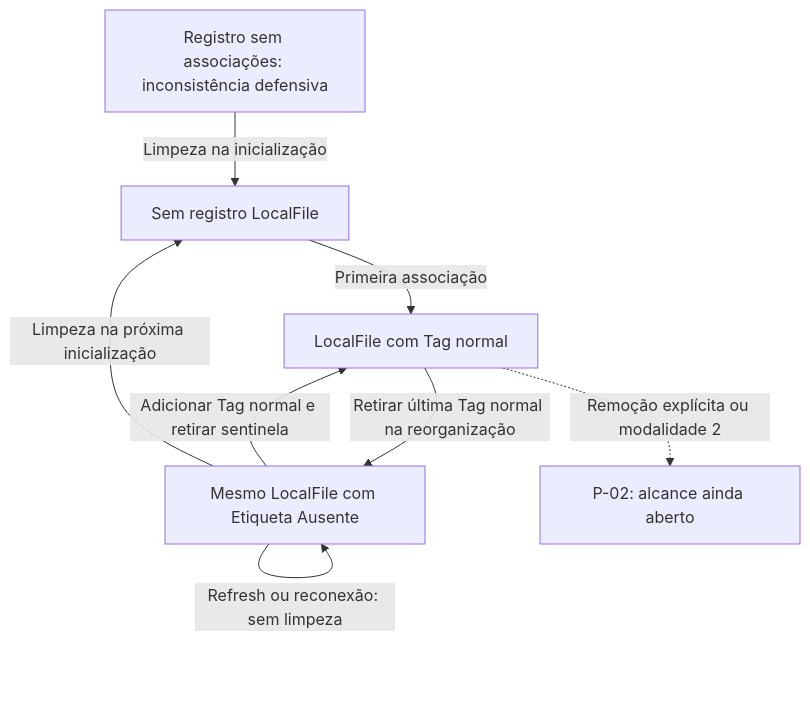
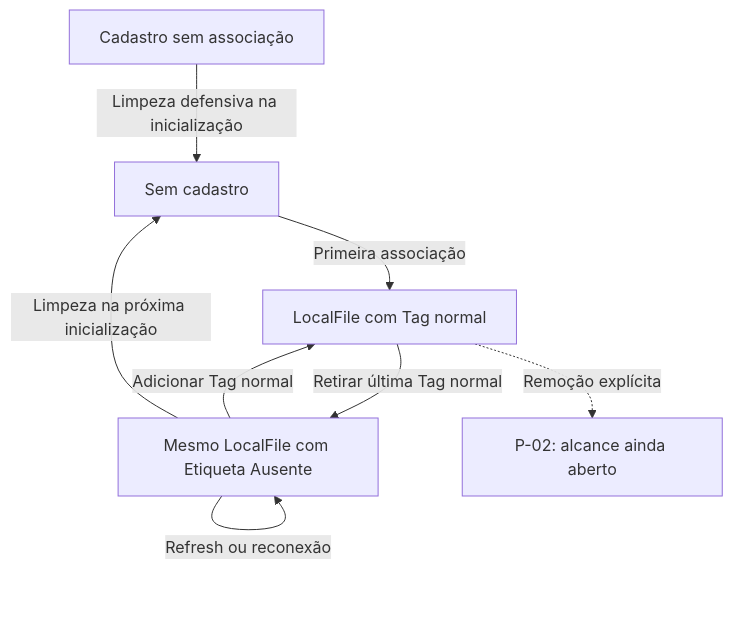
The second of 2 diagrams in doc/modelo-de-dominio.md (ARS1802/tag-file), drawn with Mermaid before and after one commit. The commit also changed other lines of this file and 33 other files, not shown here.

Commit message:
Added diagrams and cleaned docs.

````diff
--- a/doc/modelo-de-dominio.md
+++ b/doc/modelo-de-dominio.md
@@ -146,10 +117,10 @@
 ```mermaid
 flowchart TD
-    N["Sem registro LocalFile"] -->|"Primeira associação"| C["LocalFile com Tag normal"]
-    C -->|"Retirar última Tag normal na reorganização"| S["Mesmo LocalFile com Etiqueta Ausente"]
-    S -->|"Adicionar Tag normal e retirar sentinela"| C
+    N["Sem cadastro"] -->|"Primeira associação"| C["LocalFile com Tag normal"]
+    C -->|"Retirar última Tag normal"| S["Mesmo LocalFile com Etiqueta Ausente"]
+    S -->|"Adicionar Tag normal"| C
     S -->|"Limpeza na próxima inicialização"| N
-    O["Registro sem associações: inconsistência defensiva"] -->|"Limpeza na inicialização"| N
-    S -->|"Refresh ou reconexão: sem limpeza"| S
-    C -.->|"Remoção explícita ou modalidade 2"| P["P-02: alcance ainda aberto"]
+    O["Cadastro sem associação"] -->|"Limpeza defensiva na inicialização"| N
+    S -->|"Refresh ou reconexão"| S
+    C -.->|"Remoção explícita"| P["P-02: alcance ainda aberto"]
 ```
````
